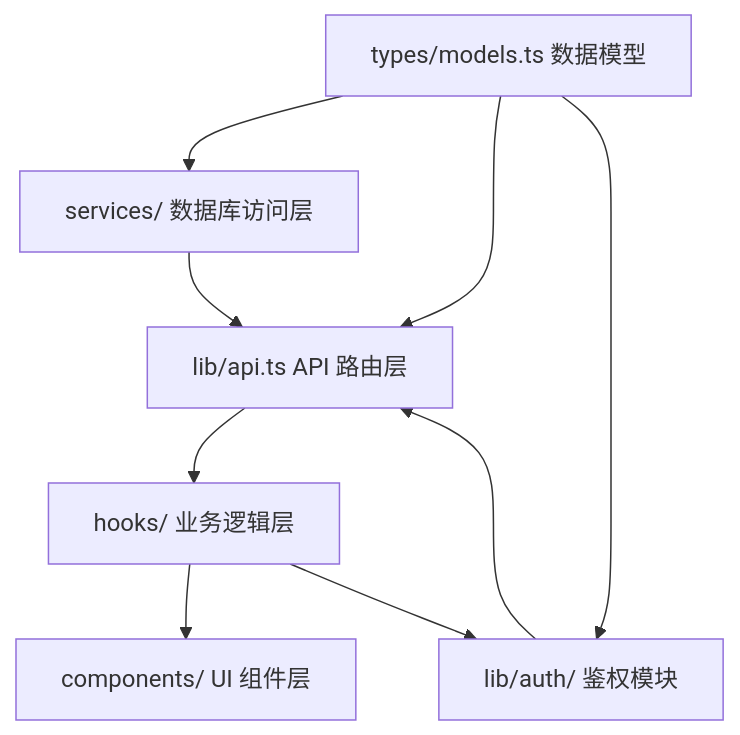
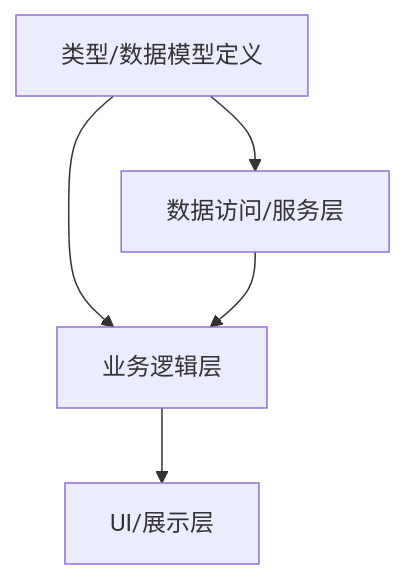
One commit to yangsang12138/vibe-control changed the diagram in core/DEPENDENCY_MAP.md. Above: the diagram before and after it, drawn with Mermaid. The commit also changed other lines of this file, not shown here.

````diff
--- a/core/DEPENDENCY_MAP.md
+++ b/core/DEPENDENCY_MAP.md
@@ -6,11 +11,7 @@
 ```mermaid
 graph TD
-    A[types/models.ts 数据模型] --> B[services/ 数据库访问层]
-    A --> C[lib/api.ts API 路由层]
+    A[类型/数据模型定义] --> B[数据访问/服务层]
+    A --> C[业务逻辑层]
     B --> C
-    C --> D[hooks/ 业务逻辑层]
-    D --> E[components/ UI 组件层]
-    A --> F[lib/auth/ 鉴权模块]
-    F --> C
-    D --> F
+    C --> D[UI/展示层]
 ```
````
